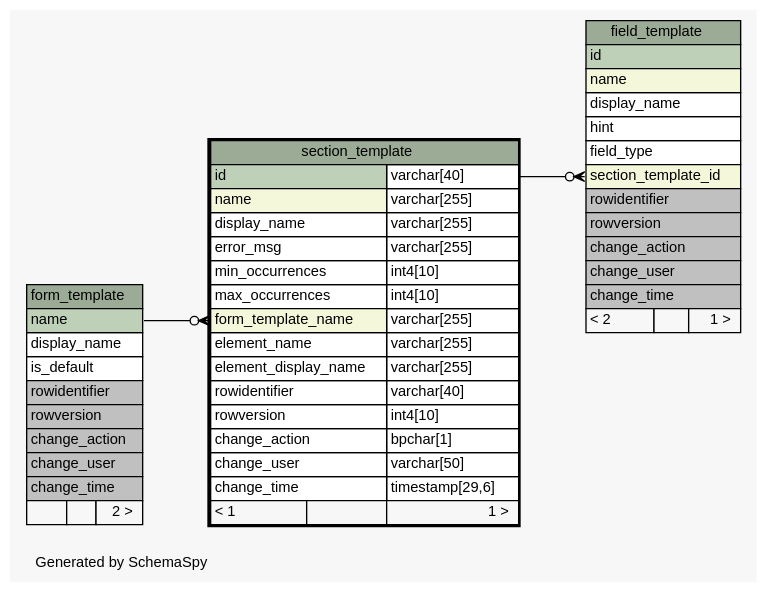
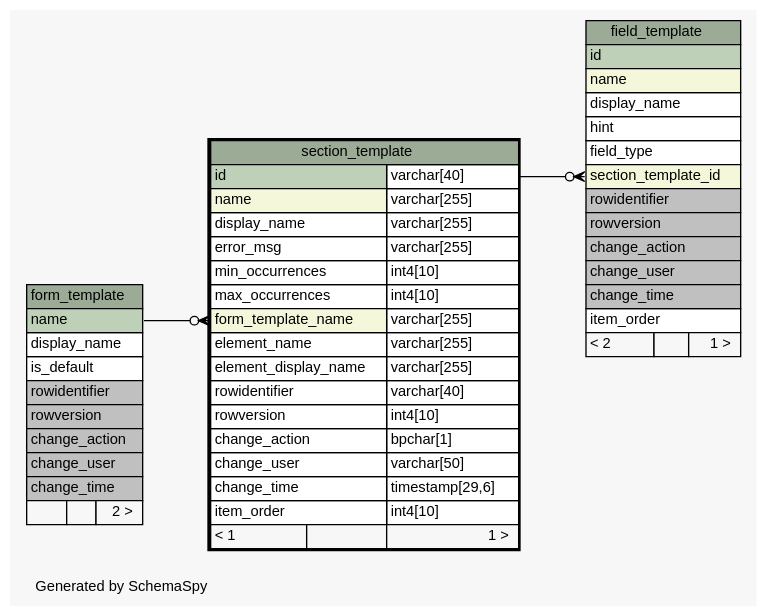
One commit to OpenTenure/database changed the diagram in doc/opentenure/diagrams/section_template.1degree.dot. Above: the diagram before and after it, drawn with Graphviz. The commit also changed 370 other files, not shown here.

```diff
--- a/doc/opentenure/diagrams/section_template.1degree.dot
+++ b/doc/opentenure/diagrams/section_template.1degree.dot
@@ -1,84 +1,86 @@
 // dot 2.36.0 on Windows 7 6.1
 // SchemaSpy rev 590
 digraph "oneDegreeRelationshipsDiagram" {
   graph [
     rankdir="RL"
     bgcolor="#f7f7f7"
     label="\nGenerated by SchemaSpy"
     labeljust="l"
     nodesep="0.18"
     ranksep="0.46"
     fontname="Helvetica"
     fontsize="11"
   ];
   node [
     fontname="Helvetica"
     fontsize="11"
     shape="plaintext"
   ];
   edge [
     arrowsize="0.8"
   ];
   "field_template":"section_template_id":w -> "section_template":"id.type":e [arrowhead=none dir=back arrowtail=crowodot];
   "section_template":"form_template_name":w -> "form_template":"name":e [arrowhead=none dir=back arrowtail=crowodot];
   "field_template" [
     label=<
     <TABLE BORDER="0" CELLBORDER="1" CELLSPACING="0" BGCOLOR="#ffffff">
       <TR><TD COLSPAN="3" BGCOLOR="#9bab96" ALIGN="CENTER">field_template</TD></TR>
       <TR><TD PORT="id" COLSPAN="3" BGCOLOR="#bed1b8" ALIGN="LEFT">id</TD></TR>
       <TR><TD PORT="name" COLSPAN="3" BGCOLOR="#f4f7da" ALIGN="LEFT">name</TD></TR>
       <TR><TD PORT="display_name" COLSPAN="3" ALIGN="LEFT">display_name</TD></TR>
       <TR><TD PORT="hint" COLSPAN="3" ALIGN="LEFT">hint</TD></TR>
       <TR><TD PORT="field_type" COLSPAN="3" ALIGN="LEFT">field_type</TD></TR>
       <TR><TD PORT="section_template_id" COLSPAN="3" BGCOLOR="#f4f7da" ALIGN="LEFT">section_template_id</TD></TR>
       <TR><TD PORT="rowidentifier" COLSPAN="3" BGCOLOR="#c0c0c0" ALIGN="LEFT">rowidentifier</TD></TR>
       <TR><TD PORT="rowversion" COLSPAN="3" BGCOLOR="#c0c0c0" ALIGN="LEFT">rowversion</TD></TR>
       <TR><TD PORT="change_action" COLSPAN="3" BGCOLOR="#c0c0c0" ALIGN="LEFT">change_action</TD></TR>
       <TR><TD PORT="change_user" COLSPAN="3" BGCOLOR="#c0c0c0" ALIGN="LEFT">change_user</TD></TR>
       <TR><TD PORT="change_time" COLSPAN="3" BGCOLOR="#c0c0c0" ALIGN="LEFT">change_time</TD></TR>
+      <TR><TD PORT="item_order" COLSPAN="3" ALIGN="LEFT">item_order</TD></TR>
       <TR><TD ALIGN="LEFT" BGCOLOR="#f7f7f7">&lt; 2</TD><TD ALIGN="RIGHT" BGCOLOR="#f7f7f7">  </TD><TD ALIGN="RIGHT" BGCOLOR="#f7f7f7">1 &gt;</TD></TR>
     </TABLE>>
     URL="field_template.html"
     tooltip="field_template"
   ];
   "form_template" [
     label=<
     <TABLE BORDER="0" CELLBORDER="1" CELLSPACING="0" BGCOLOR="#ffffff">
       <TR><TD COLSPAN="3" BGCOLOR="#9bab96" ALIGN="CENTER">form_template</TD></TR>
       <TR><TD PORT="name" COLSPAN="3" BGCOLOR="#bed1b8" ALIGN="LEFT">name</TD></TR>
       <TR><TD PORT="display_name" COLSPAN="3" ALIGN="LEFT">display_name</TD></TR>
       <TR><TD PORT="is_default" COLSPAN="3" ALIGN="LEFT">is_default</TD></TR>
       <TR><TD PORT="rowidentifier" COLSPAN="3" BGCOLOR="#c0c0c0" ALIGN="LEFT">rowidentifier</TD></TR>
       <TR><TD PORT="rowversion" COLSPAN="3" BGCOLOR="#c0c0c0" ALIGN="LEFT">rowversion</TD></TR>
       <TR><TD PORT="change_action" COLSPAN="3" BGCOLOR="#c0c0c0" ALIGN="LEFT">change_action</TD></TR>
       <TR><TD PORT="change_user" COLSPAN="3" BGCOLOR="#c0c0c0" ALIGN="LEFT">change_user</TD></TR>
       <TR><TD PORT="change_time" COLSPAN="3" BGCOLOR="#c0c0c0" ALIGN="LEFT">change_time</TD></TR>
       <TR><TD ALIGN="LEFT" BGCOLOR="#f7f7f7">  </TD><TD ALIGN="RIGHT" BGCOLOR="#f7f7f7">  </TD><TD ALIGN="RIGHT" BGCOLOR="#f7f7f7">2 &gt;</TD></TR>
     </TABLE>>
     URL="form_template.html"
     tooltip="form_template"
   ];
   "section_template" [
     label=<
     <TABLE BORDER="2" CELLBORDER="1" CELLSPACING="0" BGCOLOR="#ffffff">
       <TR><TD COLSPAN="3" BGCOLOR="#9bab96" ALIGN="CENTER">section_template</TD></TR>
       <TR><TD PORT="id" COLSPAN="2" BGCOLOR="#bed1b8" ALIGN="LEFT">id</TD><TD PORT="id.type" ALIGN="LEFT">varchar[40]</TD></TR>
       <TR><TD PORT="name" COLSPAN="2" BGCOLOR="#f4f7da" ALIGN="LEFT">name</TD><TD PORT="name.type" ALIGN="LEFT">varchar[255]</TD></TR>
       <TR><TD PORT="display_name" COLSPAN="2" ALIGN="LEFT">display_name</TD><TD PORT="display_name.type" ALIGN="LEFT">varchar[255]</TD></TR>
       <TR><TD PORT="error_msg" COLSPAN="2" ALIGN="LEFT">error_msg</TD><TD PORT="error_msg.type" ALIGN="LEFT">varchar[255]</TD></TR>
       <TR><TD PORT="min_occurrences" COLSPAN="2" ALIGN="LEFT">min_occurrences</TD><TD PORT="min_occurrences.type" ALIGN="LEFT">int4[10]</TD></TR>
       <TR><TD PORT="max_occurrences" COLSPAN="2" ALIGN="LEFT">max_occurrences</TD><TD PORT="max_occurrences.type" ALIGN="LEFT">int4[10]</TD></TR>
       <TR><TD PORT="form_template_name" COLSPAN="2" BGCOLOR="#f4f7da" ALIGN="LEFT">form_template_name</TD><TD PORT="form_template_name.type" ALIGN="LEFT">varchar[255]</TD></TR>
       <TR><TD PORT="element_name" COLSPAN="2" ALIGN="LEFT">element_name</TD><TD PORT="element_name.type" ALIGN="LEFT">varchar[255]</TD></TR>
       <TR><TD PORT="element_display_name" COLSPAN="2" ALIGN="LEFT">element_display_name</TD><TD PORT="element_display_name.type" ALIGN="LEFT">varchar[255]</TD></TR>
       <TR><TD PORT="rowidentifier" COLSPAN="2" ALIGN="LEFT">rowidentifier</TD><TD PORT="rowidentifier.type" ALIGN="LEFT">varchar[40]</TD></TR>
       <TR><TD PORT="rowversion" COLSPAN="2" ALIGN="LEFT">rowversion</TD><TD PORT="rowversion.type" ALIGN="LEFT">int4[10]</TD></TR>
       <TR><TD PORT="change_action" COLSPAN="2" ALIGN="LEFT">change_action</TD><TD PORT="change_action.type" ALIGN="LEFT">bpchar[1]</TD></TR>
       <TR><TD PORT="change_user" COLSPAN="2" ALIGN="LEFT">change_user</TD><TD PORT="change_user.type" ALIGN="LEFT">varchar[50]</TD></TR>
       <TR><TD PORT="change_time" COLSPAN="2" ALIGN="LEFT">change_time</TD><TD PORT="change_time.type" ALIGN="LEFT">timestamp[29,6]</TD></TR>
+      <TR><TD PORT="item_order" COLSPAN="2" ALIGN="LEFT">item_order</TD><TD PORT="item_order.type" ALIGN="LEFT">int4[10]</TD></TR>
       <TR><TD ALIGN="LEFT" BGCOLOR="#f7f7f7">&lt; 1</TD><TD ALIGN="RIGHT" BGCOLOR="#f7f7f7">  </TD><TD ALIGN="RIGHT" BGCOLOR="#f7f7f7">1 &gt;</TD></TR>
     </TABLE>>
     URL="section_template.html"
     tooltip="section_template"
   ];
 }
```
